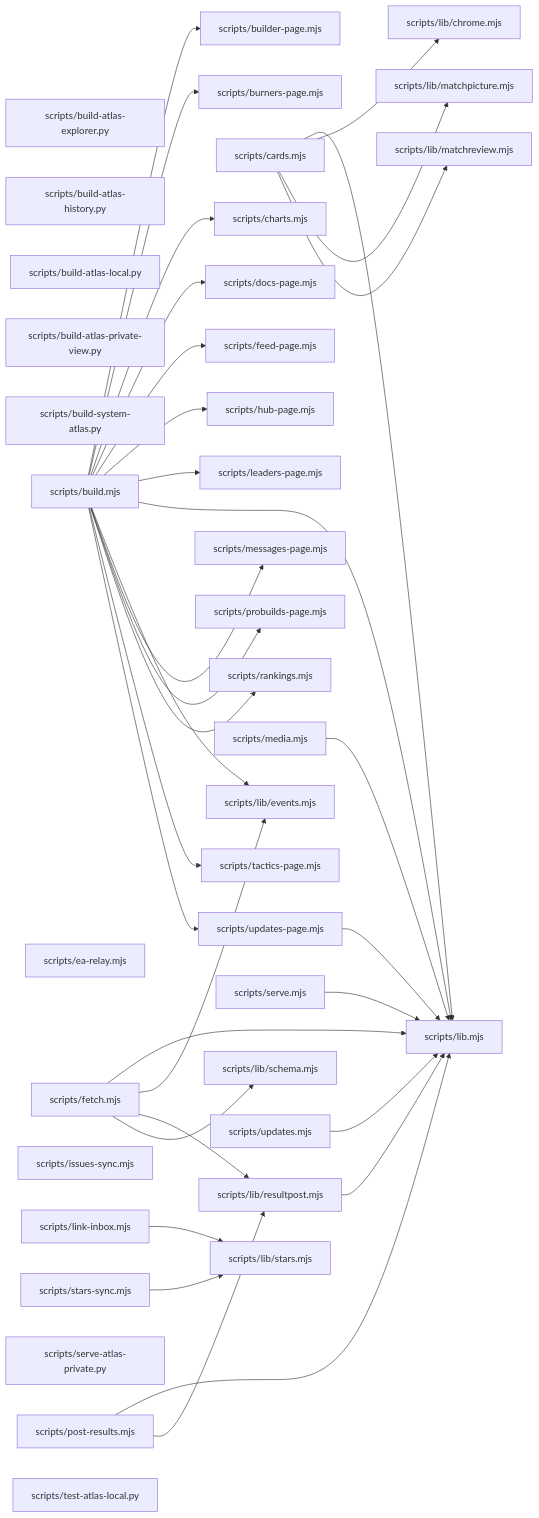
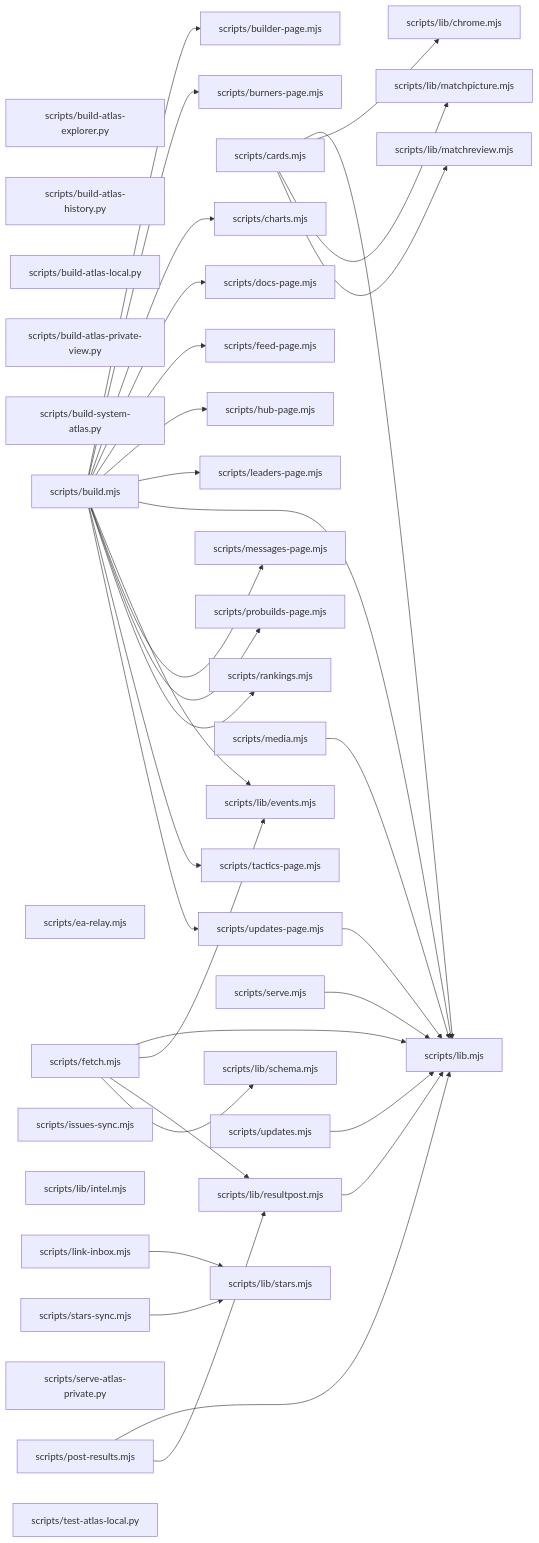
Before and after one commit to devroadtosucces15-boop/Norex-United-FC: the diagram in PLANNING/system-atlas/layer-scripts.md, drawn with Mermaid. The commit also changed 5 other files, not shown here.

````diff
--- a/PLANNING/system-atlas/layer-scripts.md
+++ b/PLANNING/system-atlas/layer-scripts.md
@@ -5,72 +5,73 @@
 ```mermaid
 flowchart LR
   n0["scripts/build-atlas-explorer.py"]
   n1["scripts/build-atlas-history.py"]
   n2["scripts/build-atlas-local.py"]
   n3["scripts/build-atlas-private-view.py"]
   n4["scripts/build-system-atlas.py"]
   n5["scripts/build.mjs"]
   n6["scripts/builder-page.mjs"]
   n7["scripts/burners-page.mjs"]
   n8["scripts/cards.mjs"]
   n9["scripts/charts.mjs"]
   n10["scripts/docs-page.mjs"]
   n11["scripts/ea-relay.mjs"]
   n12["scripts/feed-page.mjs"]
   n13["scripts/fetch.mjs"]
   n14["scripts/hub-page.mjs"]
   n15["scripts/issues-sync.mjs"]
   n16["scripts/leaders-page.mjs"]
   n17["scripts/lib.mjs"]
   n18["scripts/lib/chrome.mjs"]
   n19["scripts/lib/events.mjs"]
-  n20["scripts/lib/matchpicture.mjs"]
-  n21["scripts/lib/matchreview.mjs"]
-  n22["scripts/lib/resultpost.mjs"]
-  n23["scripts/lib/schema.mjs"]
-  n24["scripts/lib/stars.mjs"]
-  n25["scripts/link-inbox.mjs"]
-  n26["scripts/media.mjs"]
-  n27["scripts/messages-page.mjs"]
-  n28["scripts/post-results.mjs"]
-  n29["scripts/probuilds-page.mjs"]
-  n30["scripts/rankings.mjs"]
-  n31["scripts/serve-atlas-private.py"]
-  n32["scripts/serve.mjs"]
-  n33["scripts/stars-sync.mjs"]
-  n34["scripts/tactics-page.mjs"]
-  n35["scripts/test-atlas-local.py"]
-  n36["scripts/updates-page.mjs"]
-  n37["scripts/updates.mjs"]
+  n20["scripts/lib/intel.mjs"]
+  n21["scripts/lib/matchpicture.mjs"]
+  n22["scripts/lib/matchreview.mjs"]
+  n23["scripts/lib/resultpost.mjs"]
+  n24["scripts/lib/schema.mjs"]
+  n25["scripts/lib/stars.mjs"]
+  n26["scripts/link-inbox.mjs"]
+  n27["scripts/media.mjs"]
+  n28["scripts/messages-page.mjs"]
+  n29["scripts/post-results.mjs"]
+  n30["scripts/probuilds-page.mjs"]
+  n31["scripts/rankings.mjs"]
+  n32["scripts/serve-atlas-private.py"]
+  n33["scripts/serve.mjs"]
+  n34["scripts/stars-sync.mjs"]
+  n35["scripts/tactics-page.mjs"]
+  n36["scripts/test-atlas-local.py"]
+  n37["scripts/updates-page.mjs"]
+  n38["scripts/updates.mjs"]
   n5 --> n6
   n5 --> n7
   n5 --> n9
   n5 --> n10
   n5 --> n12
   n5 --> n14
   n5 --> n16
   n5 --> n17
   n5 --> n19
-  n5 --> n27
-  n5 --> n29
+  n5 --> n28
   n5 --> n30
-  n5 --> n34
-  n5 --> n36
+  n5 --> n31
+  n5 --> n35
+  n5 --> n37
   n8 --> n17
   n8 --> n18
-  n8 --> n20
   n8 --> n21
+  n8 --> n22
   n13 --> n17
   n13 --> n19
-  n13 --> n22
   n13 --> n23
-  n22 --> n17
-  n25 --> n24
-  n26 --> n17
-  n28 --> n17
-  n28 --> n22
-  n32 --> n17
-  n33 --> n24
-  n36 --> n17
+  n13 --> n24
+  n23 --> n17
+  n26 --> n25
+  n27 --> n17
+  n29 --> n17
+  n29 --> n23
+  n33 --> n17
+  n34 --> n25
   n37 --> n17
+  n38 --> n17
 ```
````
